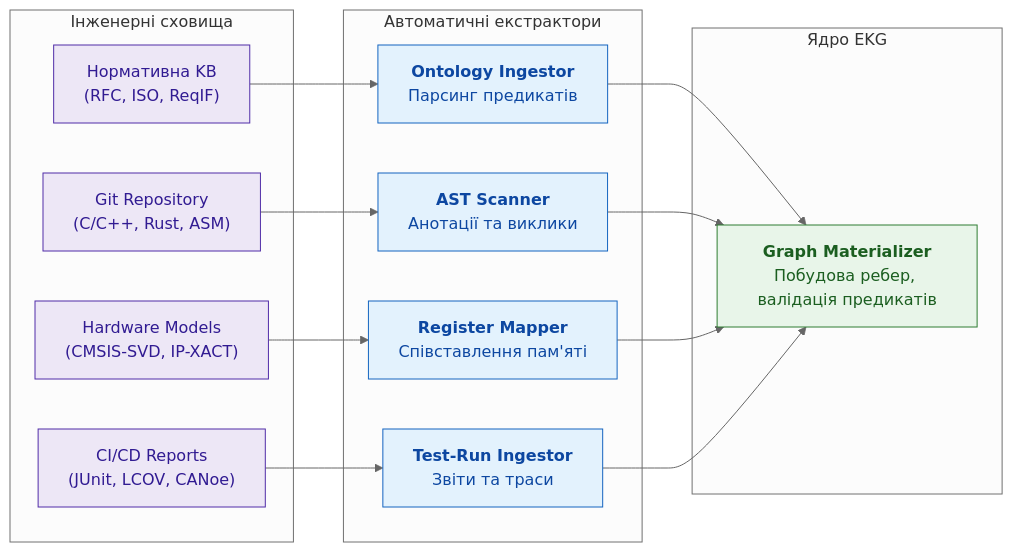
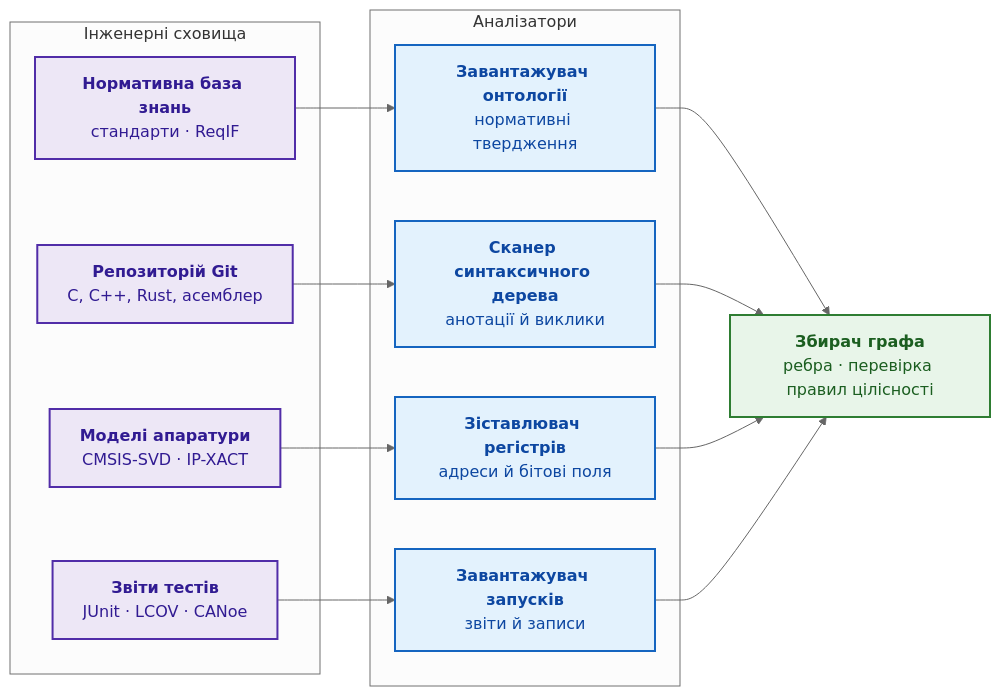
One commit to nick-fedchik/articles changed the third of 7 diagrams in ExpertSystem/ch09-engineering-knowledge-graph-traceability.md. Above: the diagram before and after it, drawn with Mermaid (neutral theme). The commit also changed other lines of this file, not shown here.

Commit message:
docs(ch09): restructure engineering knowledge graph chapter, fixed gap/untraced/impact formulas, runnable Go bootstrap, verified sources

````diff
--- a/ExpertSystem/ch09-engineering-knowledge-graph-traceability.md
+++ b/ExpertSystem/ch09-engineering-knowledge-graph-traceability.md
@@ -204,41 +178,38 @@
 ```mermaid
 flowchart LR
-    accTitle: Конвеєр автоматичної матеріалізації EKG
-    accDescr: Екстракція вузлів і ребер з коду, апаратури, тестів та нормативів за допомогою AST, SVD-парсерів і аналізаторів артефактів.
+    accTitle: Конвеєр автоматичної побудови графа
+    accDescr: Нормативна база знань, репозиторій коду, моделі апаратури й звіти тестів обробляють чотири аналізатори, а збирач графа будує ребра й перевіряє правила цілісності.
 
     subgraph Inputs["Інженерні сховища"]
-        S1["Нормативна KB<br/>(RFC, ISO, ReqIF)"]
-        S2["Git Repository<br/>(C/C++, Rust, ASM)"]
-        S3["Hardware Models<br/>(CMSIS-SVD, IP-XACT)"]
-        S4["CI/CD Reports<br/>(JUnit, LCOV, CANoe)"]
+        S1["<b>Нормативна база знань</b><br/>стандарти · ReqIF"]
+        S2["<b>Репозиторій Git</b><br/>C, C++, Rust, асемблер"]
+        S3["<b>Моделі апаратури</b><br/>CMSIS-SVD · IP-XACT"]
+        S4["<b>Звіти тестів</b><br/>JUnit · LCOV · CANoe"]
     end
 
-    subgraph Extractors["Автоматичні екстрактори"]
-        E1["<b>Ontology Ingestor</b><br/>Парсинг предикатів"]
-        E2["<b>AST Scanner</b><br/>Анотації та виклики"]
-        E3["<b>Register Mapper</b><br/>Співставлення пам'яті"]
-        E4["<b>Test-Run Ingestor</b><br/>Звіти та траси"]
+    subgraph Extractors["Аналізатори"]
+        E1["<b>Завантажувач онтології</b><br/>нормативні твердження"]
+        E2["<b>Сканер синтаксичного дерева</b><br/>анотації й виклики"]
+        E3["<b>Зіставлювач регістрів</b><br/>адреси й бітові поля"]
+        E4["<b>Завантажувач запусків</b><br/>звіти й записи"]
     end
 
-    subgraph Core["Ядро EKG"]
-        GraphEngine["<b>Graph Materializer</b><br/>Побудова ребер, валідація предикатів"]
-    end
+    Builder["<b>Збирач графа</b><br/>ребра · перевірка правил цілісності"]
 
     S1 --> E1
     S2 --> E2
     S3 --> E3
     S4 --> E4
+    E1 --> Builder
+    E2 --> Builder
+    E3 --> Builder
+    E4 --> Builder
 
-    E1 --> GraphEngine
-    E2 --> GraphEngine
-    E3 --> GraphEngine
-    E4 --> GraphEngine
-
-    classDef inp fill:#ede7f6,stroke:#512da8,color:#311b92;
-    classDef ext fill:#e3f2fd,stroke:#1565c0,color:#0d47a1;
-    classDef core fill:#e8f5e9,stroke:#2e7d32,color:#1b5e20;
+    classDef inp fill:#ede7f6,stroke:#512da8,stroke-width:2px,color:#311b92;
+    classDef ext fill:#e3f2fd,stroke:#1565c0,stroke-width:2px,color:#0d47a1;
+    classDef core fill:#e8f5e9,stroke:#2e7d32,stroke-width:2px,color:#1b5e20;
 
     class S1,S2,S3,S4 inp;
     class E1,E2,E3,E4 ext;
-    class GraphEngine core;
+    class Builder core;
 ```
````
